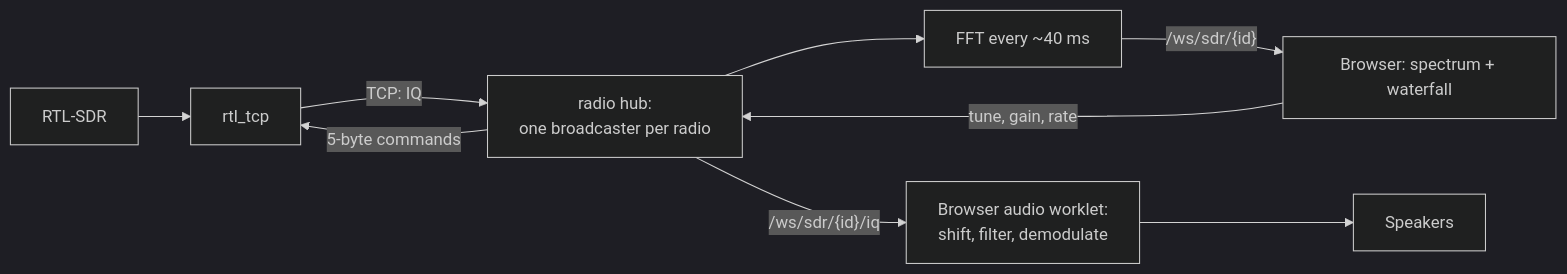
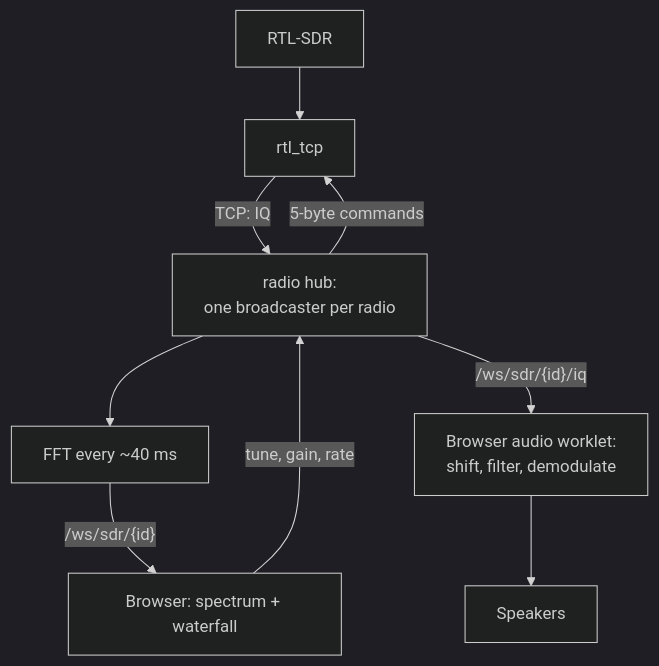
One commit to barrygee/Sentinel changed the first of 2 diagrams in docs/architecture/radios.md. Above: the diagram before and after it, drawn with Mermaid (dark theme). The commit also changed 8 other files, not shown here.

First line of the commit message:
docs: lay diagrams out top to bottom with each flow's direction shown

````diff
--- a/docs/architecture/radios.md
+++ b/docs/architecture/radios.md
@@ -9,11 +9,11 @@
 ```mermaid
-flowchart LR
+flowchart TB
     dongle["RTL-SDR"] --> rtl["rtl_tcp"]
     rtl -- "TCP: IQ" --> bc["radio hub:<br/>one broadcaster per radio"]
     bc --> fft["FFT every ~40 ms"]
     fft -- "/ws/sdr/{id}" --> wf["Browser: spectrum + waterfall"]
     bc -- "/ws/sdr/{id}/iq" --> worklet["Browser audio worklet:<br/>shift, filter, demodulate"]
     worklet --> speakers["Speakers"]
     wf -- "tune, gain, rate" --> bc
     bc -- "5-byte commands" --> rtl
 ```
````
